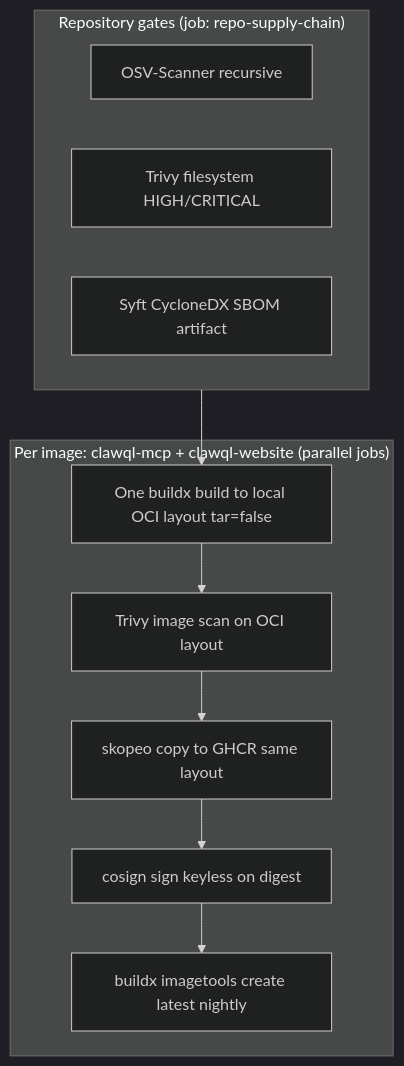
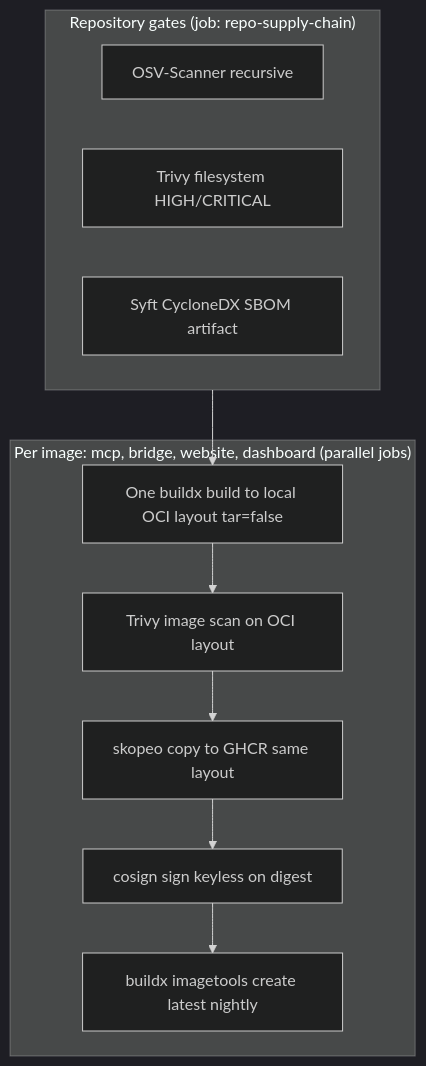
One commit to danielsmithdevelopment/ClawQL changed the diagram in docs/security/golden-image-pipeline.md. Above: the diagram before and after it, drawn with Mermaid (dark theme). The commit also changed other lines of this file and 40 other files, not shown here.

First line of the commit message:
feat: dashboard shell, Vault PVC, signed dashboard image pipeline

````diff
--- a/docs/security/golden-image-pipeline.md
+++ b/docs/security/golden-image-pipeline.md
@@ -19,20 +19,20 @@
 ```mermaid
 flowchart TB
   subgraph repo["Repository gates (job: repo-supply-chain)"]
     OSV[OSV-Scanner recursive]
     TrivyFS[Trivy filesystem HIGH/CRITICAL]
     Syft[Syft CycloneDX SBOM artifact]
   end
-  subgraph perImage["Per image: clawql-mcp + clawql-website (parallel jobs)"]
+  subgraph perImage["Per image: mcp, bridge, website, dashboard (parallel jobs)"]
     Build[One buildx build to local OCI layout tar=false]
     TrivyOCI[Trivy image scan on OCI layout]
     Skopeo[skopeo copy to GHCR same layout]
     Cosign[cosign sign keyless on digest]
     Promote[buildx imagetools create latest nightly]
   end
   repo --> Build
   Build --> TrivyOCI
   TrivyOCI --> Skopeo
   Skopeo --> Cosign
   Cosign --> Promote
 ```
````
